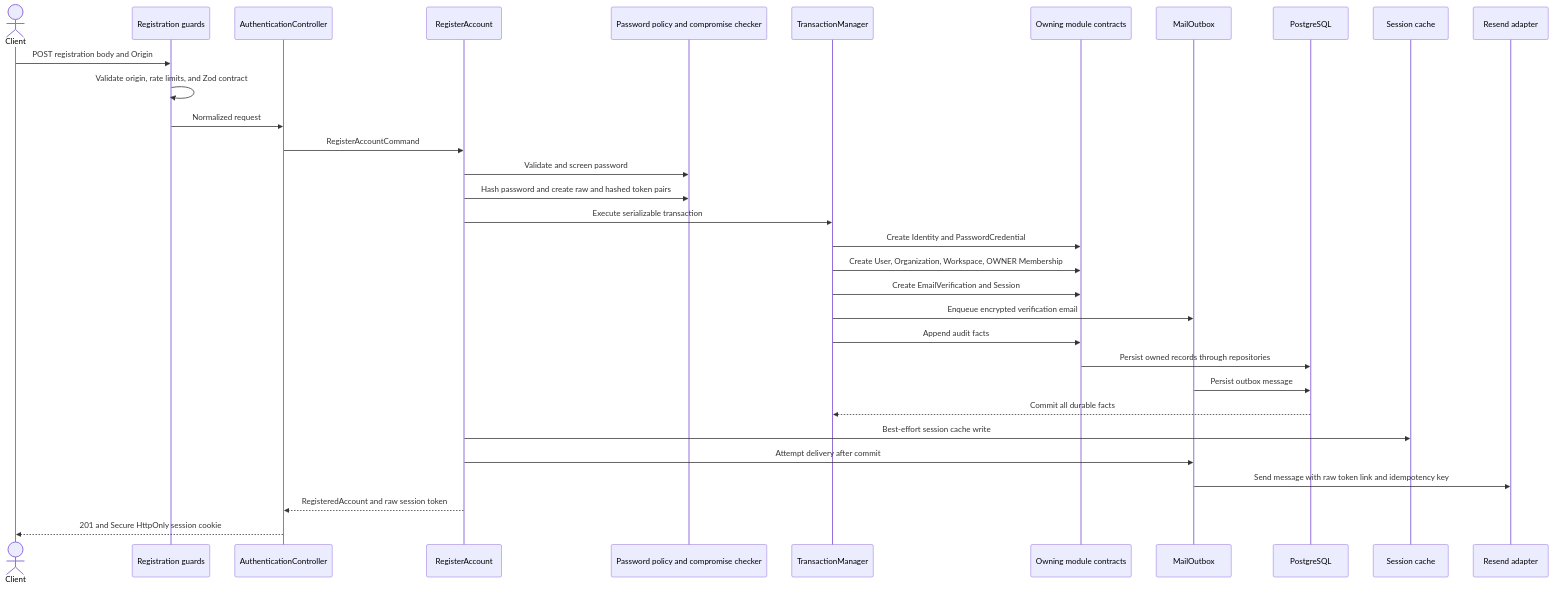
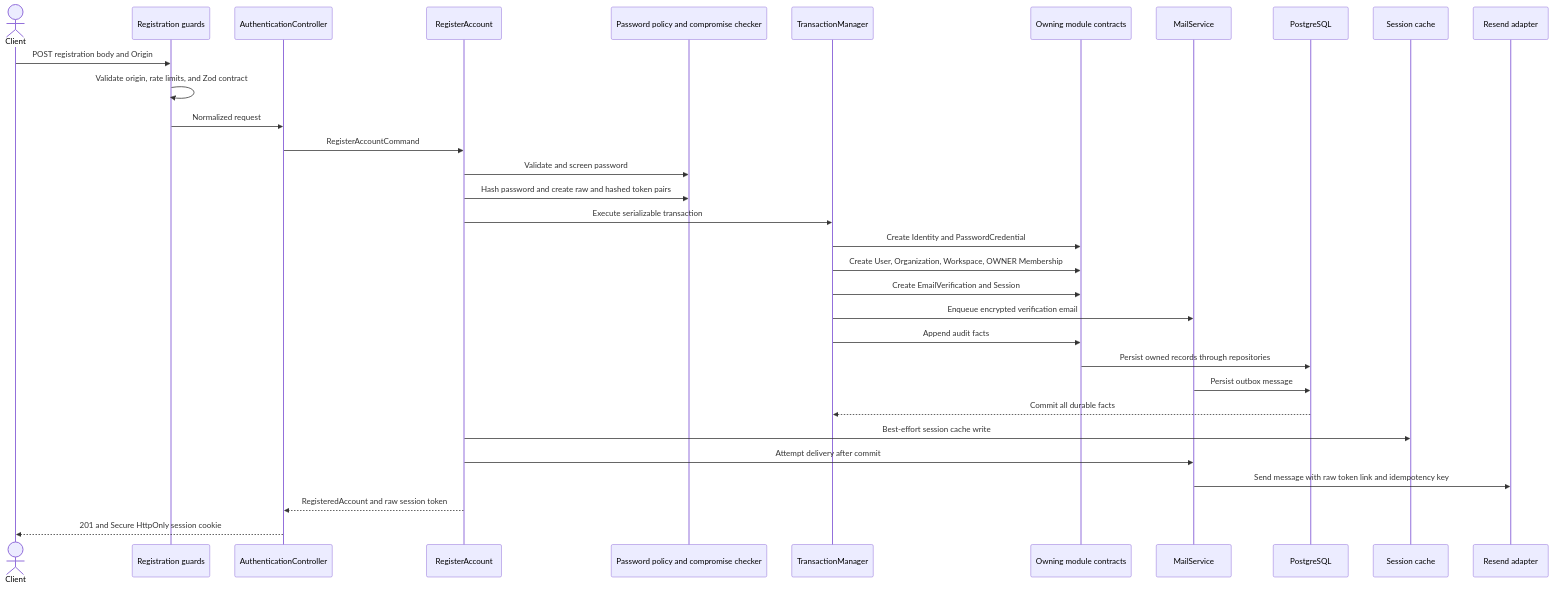
The diagram in docs/flows/registration.md (KasraK2K/nexora-platform-core), drawn with Mermaid before and after one commit. The commit also changed other lines of this file and 368 other files, not shown here.

````diff
--- a/docs/flows/registration.md
+++ b/docs/flows/registration.md
@@ -9,35 +9,35 @@
 ```mermaid
 sequenceDiagram
     actor Client
     participant Guard as Registration guards
     participant Controller as AuthenticationController
     participant UseCase as RegisterAccount
     participant Security as Password policy and compromise checker
     participant Tx as TransactionManager
     participant Core as Owning module contracts
-    participant Mail as MailOutbox
+    participant Mail as MailService
     participant DB as PostgreSQL
     participant Redis as Session cache
     participant Resend as Resend adapter
 
     Client->>Guard: POST registration body and Origin
     Guard->>Guard: Validate origin, rate limits, and Zod contract
     Guard->>Controller: Normalized request
     Controller->>UseCase: RegisterAccountCommand
     UseCase->>Security: Validate and screen password
     UseCase->>Security: Hash password and create raw and hashed token pairs
     UseCase->>Tx: Execute serializable transaction
     Tx->>Core: Create Identity and PasswordCredential
     Tx->>Core: Create User, Organization, Workspace, OWNER Membership
     Tx->>Core: Create EmailVerification and Session
     Tx->>Mail: Enqueue encrypted verification email
     Tx->>Core: Append audit facts
     Core->>DB: Persist owned records through repositories
     Mail->>DB: Persist outbox message
     DB-->>Tx: Commit all durable facts
     UseCase->>Redis: Best-effort session cache write
     UseCase->>Mail: Attempt delivery after commit
     Mail->>Resend: Send message with raw token link and idempotency key
     UseCase-->>Controller: RegisteredAccount and raw session token
     Controller-->>Client: 201 and Secure HttpOnly session cookie
 ```
````
